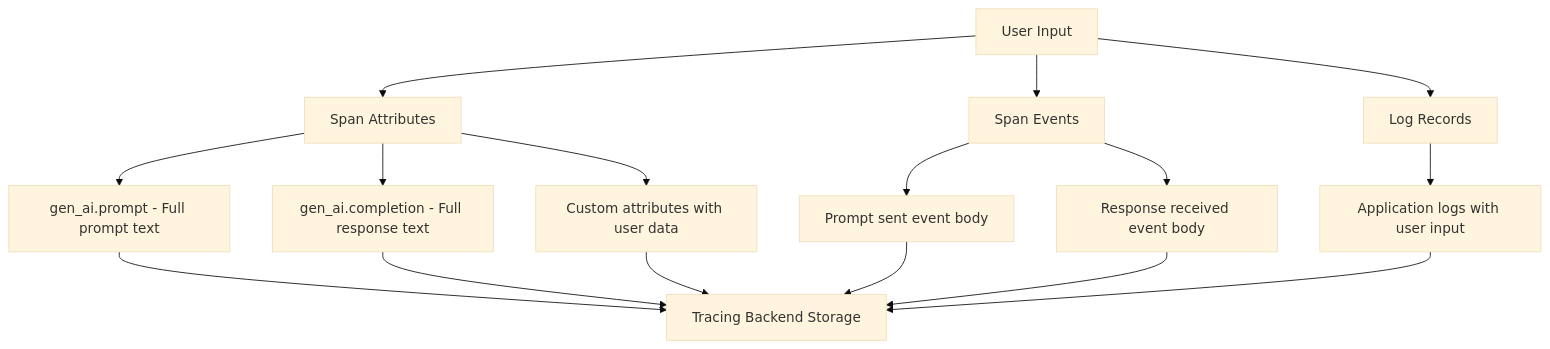
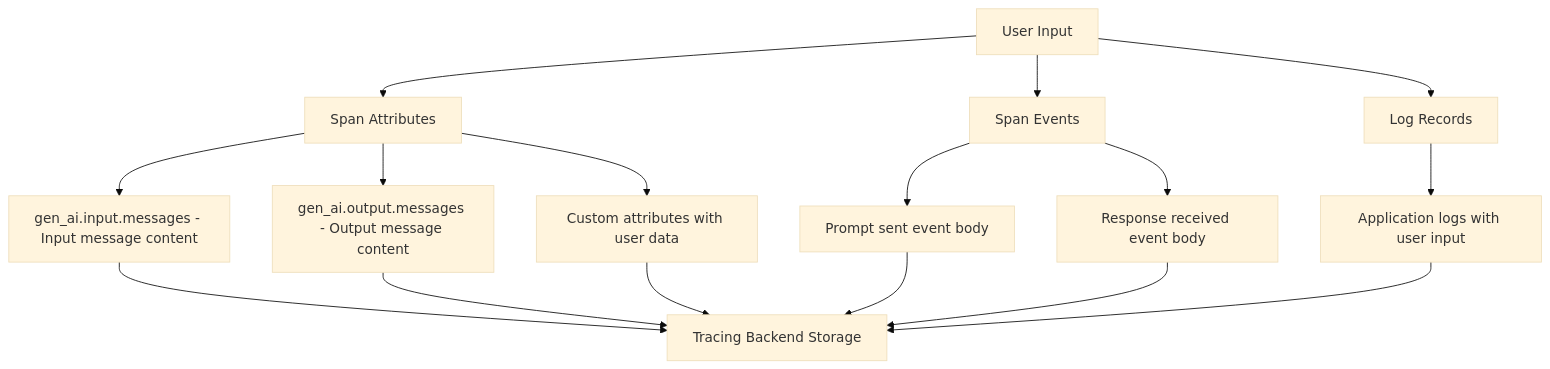
Before and after one commit to OneUptime/blog: the first of 2 diagrams in posts/2026-02-06-redact-sensitive-prompts-genai-opentelemetry-traces/README.md, drawn with Mermaid (base theme). The commit also changed other lines of this file and 2 other files, not shown here.

````diff
--- a/posts/2026-02-06-redact-sensitive-prompts-genai-opentelemetry-traces/README.md
+++ b/posts/2026-02-06-redact-sensitive-prompts-genai-opentelemetry-traces/README.md
@@ -21,18 +21,18 @@
 ```mermaid
 flowchart TD
     A[User Input] --> B[Span Attributes]
     A --> C[Span Events]
     A --> D[Log Records]
-    B --> B1["gen_ai.prompt - Full prompt text"]
-    B --> B2["gen_ai.completion - Full response text"]
+    B --> B1["gen_ai.input.messages - Input message content"]
+    B --> B2["gen_ai.output.messages - Output message content"]
     B --> B3["Custom attributes with user data"]
     C --> C1["Prompt sent event body"]
     C --> C2["Response received event body"]
     D --> D1["Application logs with user input"]
     B1 --> E[Tracing Backend Storage]
     B2 --> E
     B3 --> E
     C1 --> E
     C2 --> E
     D1 --> E
 ```
````
